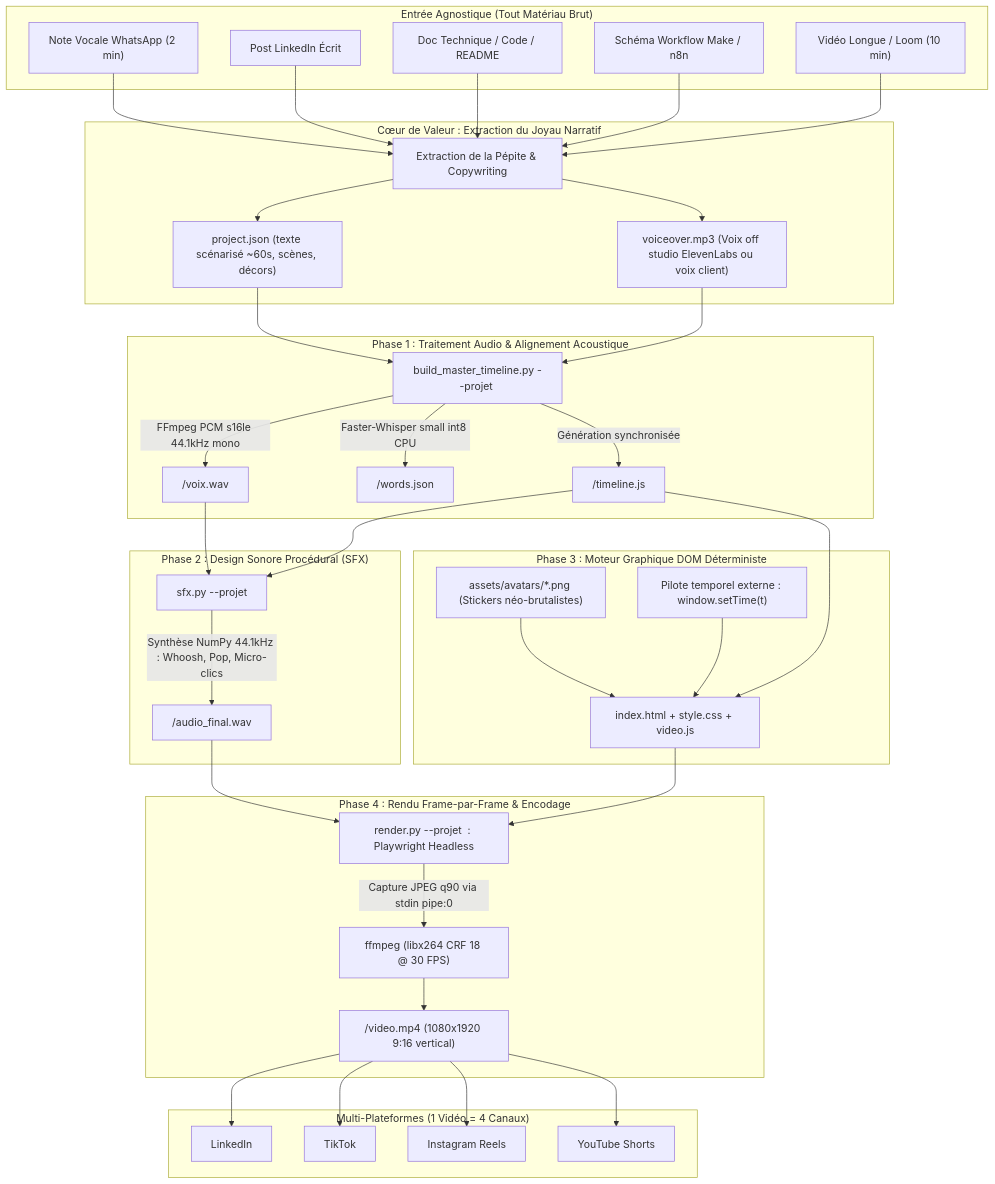
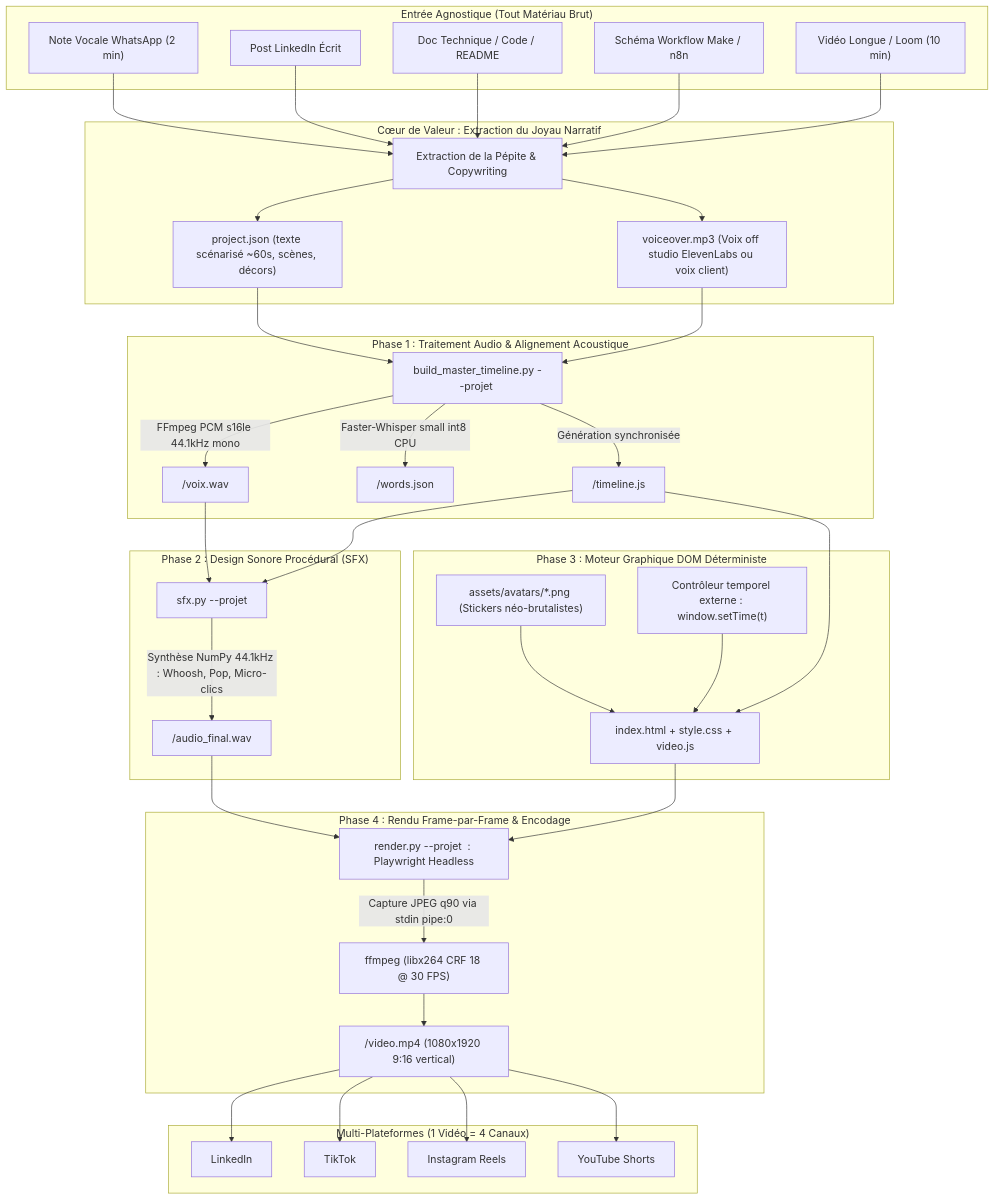
The diagram in docs/ARCHITECTURE.md (Kreesten-hsh/video), drawn with Mermaid before and after one commit. The commit also changed other lines of this file and 10 other files, not shown here.

Commit message:
docs(architecture): harmonisation globale de la documentation et gouvernance

````diff
--- a/docs/ARCHITECTURE.md
+++ b/docs/ARCHITECTURE.md
@@ -63,50 +63,50 @@
 ```mermaid
 flowchart TD
     subgraph INPUT_AGNOSTIC["Entrée Agnostique (Tout Matériau Brut)"]
         W["Note Vocale WhatsApp (2 min)"]
         L["Post LinkedIn Écrit"]
         D["Doc Technique / Code / README"]
         S["Schéma Workflow Make / n8n"]
         V["Vidéo Longue / Loom (10 min)"]
     end
 
     subgraph EXTRACTION["Cœur de Valeur : Extraction du Joyau Narratif"]
         W & L & D & S & V --> EX["Extraction de la Pépite & Copywriting"]
         EX --> P["project.json (texte scénarisé ~60s, scènes, décors)"]
         EX --> A["voiceover.mp3 (Voix off studio ElevenLabs ou voix client)"]
     end
 
     subgraph PHASE_1["Phase 1 : Traitement Audio & Alignement Acoustique"]
         P --> B["build_master_timeline.py --projet <chemin>"]
         A --> B
         B -->|FFmpeg PCM s16le 44.1kHz mono| VOIX["<projet>/voix.wav"]
         B -->|Faster-Whisper small int8 CPU| WORDS["<projet>/words.json"]
         B -->|Génération synchronisée| TL["<projet>/timeline.js"]
     end
 
     subgraph PHASE_2["Phase 2 : Design Sonore Procédural (SFX)"]
         VOIX --> G["sfx.py --projet <chemin>"]
         TL --> G
         G -->|Synthèse NumPy 44.1kHz : Whoosh, Pop, Micro-clics| SFX_OUT["<projet>/audio_final.wav"]
     end
 
     subgraph PHASE_3["Phase 3 : Moteur Graphique DOM Déterministe"]
         TL --> DOM["index.html + style.css + video.js"]
         STK["assets/avatars/*.png (Stickers néo-brutalistes)"] --> DOM
-        CLK["Pilote temporel externe : window.setTime(t)"] --> DOM
+        CLK["Contrôleur temporel externe : window.setTime(t)"] --> DOM
     end
 
     subgraph PHASE_4["Phase 4 : Rendu Frame-par-Frame & Encodage"]
         DOM --> RND["render.py --projet <chemin> : Playwright Headless"]
         SFX_OUT --> RND
         RND -->|Capture JPEG q90 via stdin pipe:0| ENC["ffmpeg (libx264 CRF 18 @ 30 FPS)"]
         ENC --> OUT["<projet>/video<N>.mp4 (1080x1920 9:16 vertical)"]
     end
 
     subgraph DISTRIBUTION["Multi-Plateformes (1 Vidéo = 4 Canaux)"]
         OUT --> LI["LinkedIn"]
         OUT --> TT["TikTok"]
         OUT --> IG["Instagram Reels"]
         OUT --> YT["YouTube Shorts"]
     end
 ```
````
